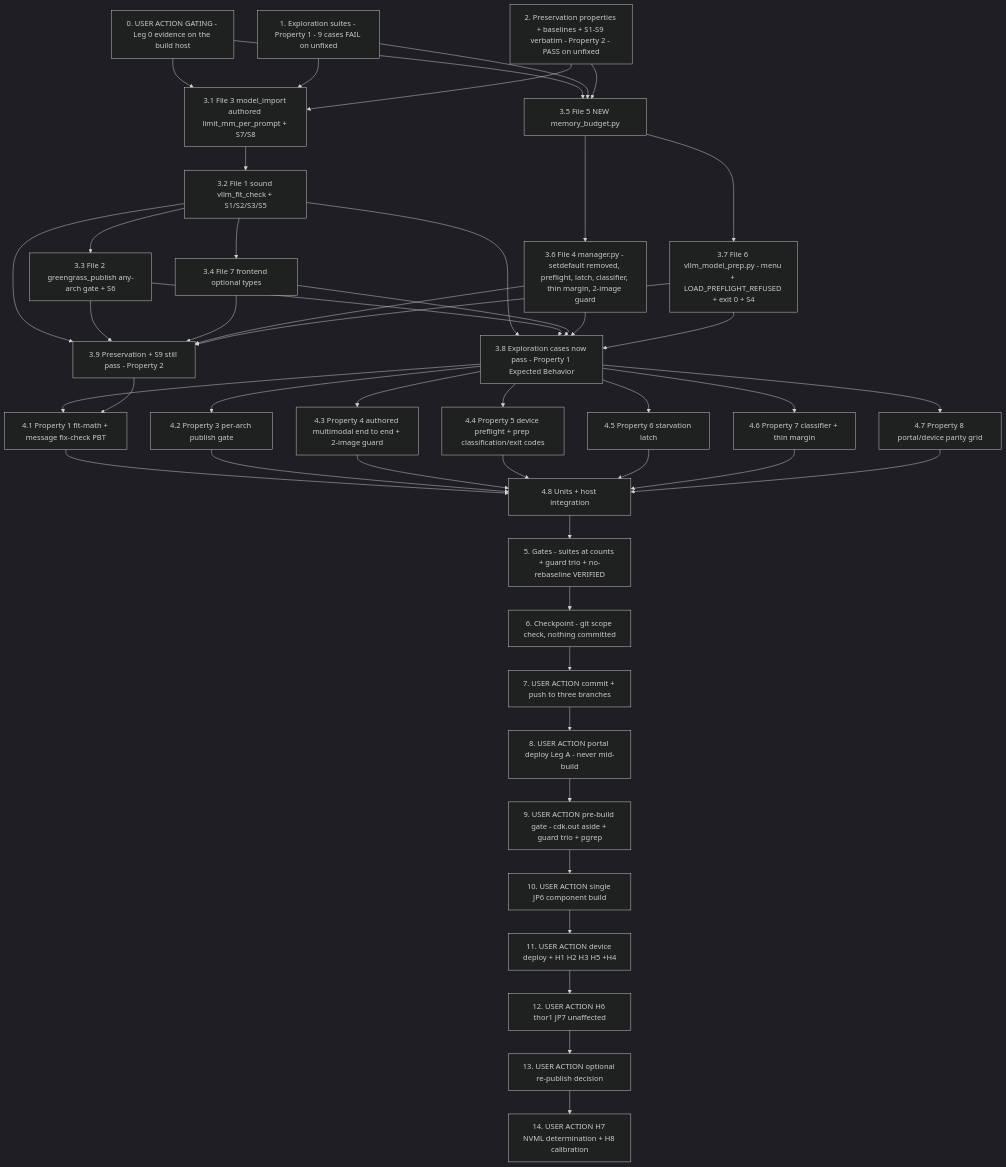
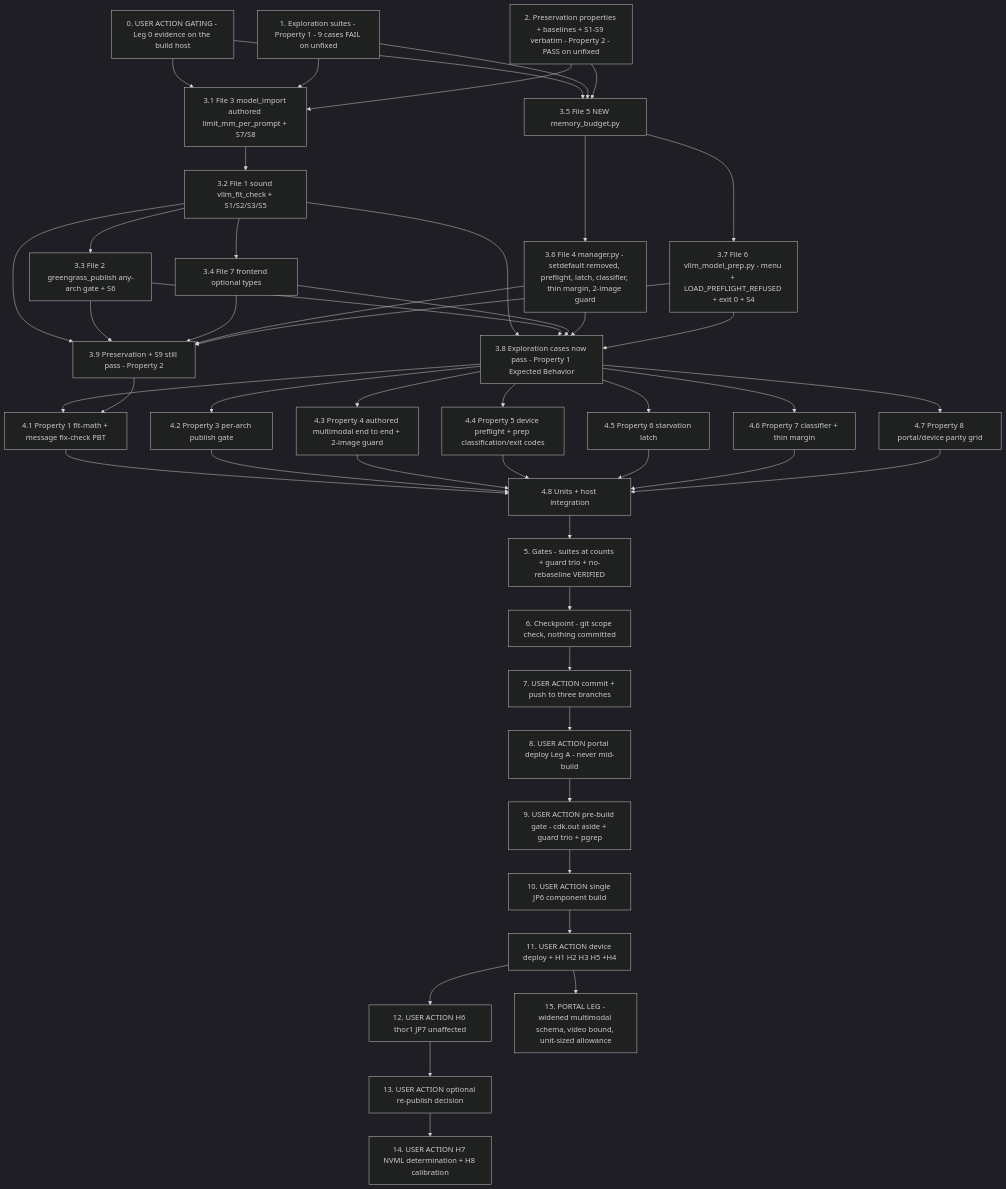
One commit to awslabs/DefectDetectionApplication changed the diagram in .kiro/specs/jp6-vllm-kv-cache-oom-regression/tasks.md. Above: the diagram before and after it, drawn with Mermaid (dark theme). The commit also changed other lines of this file and 16 other files, not shown here.

First line of the commit message:
jp6-vllm-kv-cache-oom-regression: widen limit_mm_per_prompt to per-modality keys and size the activation allowance from total multimodal units (portal leg only)

````diff
--- a/.kiro/specs/jp6-vllm-kv-cache-oom-regression/tasks.md
+++ b/.kiro/specs/jp6-vllm-kv-cache-oom-regression/tasks.md
@@ -216,80 +234,82 @@
 ```mermaid
 graph TD
     T0[0. USER ACTION GATING - Leg 0 evidence on the build host]
     T1[1. Exploration suites - Property 1 - 9 cases FAIL on unfixed]
     T2[2. Preservation properties + baselines + S1-S9 verbatim - Property 2 - PASS on unfixed]
     T31[3.1 File 3 model_import authored limit_mm_per_prompt + S7/S8]
     T35[3.5 File 5 NEW memory_budget.py]
     T32[3.2 File 1 sound vllm_fit_check + S1/S2/S3/S5]
     T36[3.6 File 4 manager.py - setdefault removed, preflight, latch, classifier, thin margin, 2-image guard]
     T37[3.7 File 6 vllm_model_prep.py - menu + LOAD_PREFLIGHT_REFUSED + exit 0 + S4]
     T33[3.3 File 2 greengrass_publish any-arch gate + S6]
     T34[3.4 File 7 frontend optional types]
     T38[3.8 Exploration cases now pass - Property 1 Expected Behavior]
     T39[3.9 Preservation + S9 still pass - Property 2]
     T41[4.1 Property 1 fit-math + message fix-check PBT]
     T42[4.2 Property 3 per-arch publish gate]
     T43[4.3 Property 4 authored multimodal end to end + 2-image guard]
     T44[4.4 Property 5 device preflight + prep classification/exit codes]
     T45[4.5 Property 6 starvation latch]
     T46[4.6 Property 7 classifier + thin margin]
     T47[4.7 Property 8 portal/device parity grid]
     T48[4.8 Units + host integration]
     T5[5. Gates - suites at counts + guard trio + no-rebaseline VERIFIED]
     T6[6. Checkpoint - git scope check, nothing committed]
     T7[7. USER ACTION commit + push to three branches]
     T8[8. USER ACTION portal deploy Leg A - never mid-build]
     T9[9. USER ACTION pre-build gate - cdk.out aside + guard trio + pgrep]
     T10[10. USER ACTION single JP6 component build]
     T11[11. USER ACTION device deploy + H1 H2 H3 H5 +H4]
     T12[12. USER ACTION H6 thor1 JP7 unaffected]
     T13[13. USER ACTION optional re-publish decision]
     T14[14. USER ACTION H7 NVML determination + H8 calibration]
+    T15[15. PORTAL LEG - widened multimodal schema, video bound, unit-sized allowance]
 
     T0 --> T31
     T0 --> T35
     T1 --> T31
     T2 --> T31
     T1 --> T35
     T2 --> T35
     T31 --> T32
     T35 --> T36
     T35 --> T37
     T32 --> T33
     T32 --> T34
     T32 --> T38
     T33 --> T38
     T34 --> T38
     T36 --> T38
     T37 --> T38
     T32 --> T39
     T33 --> T39
     T34 --> T39
     T36 --> T39
     T37 --> T39
     T38 --> T41
     T39 --> T41
     T38 --> T42
     T38 --> T43
     T38 --> T44
     T38 --> T45
     T38 --> T46
     T38 --> T47
     T41 --> T48
     T42 --> T48
     T43 --> T48
     T44 --> T48
     T45 --> T48
     T46 --> T48
     T47 --> T48
     T48 --> T5
     T5 --> T6
     T6 --> T7
     T7 --> T8
     T8 --> T9
     T9 --> T10
     T10 --> T11
     T11 --> T12
     T12 --> T13
     T13 --> T14
+    T11 --> T15
 ```
````
